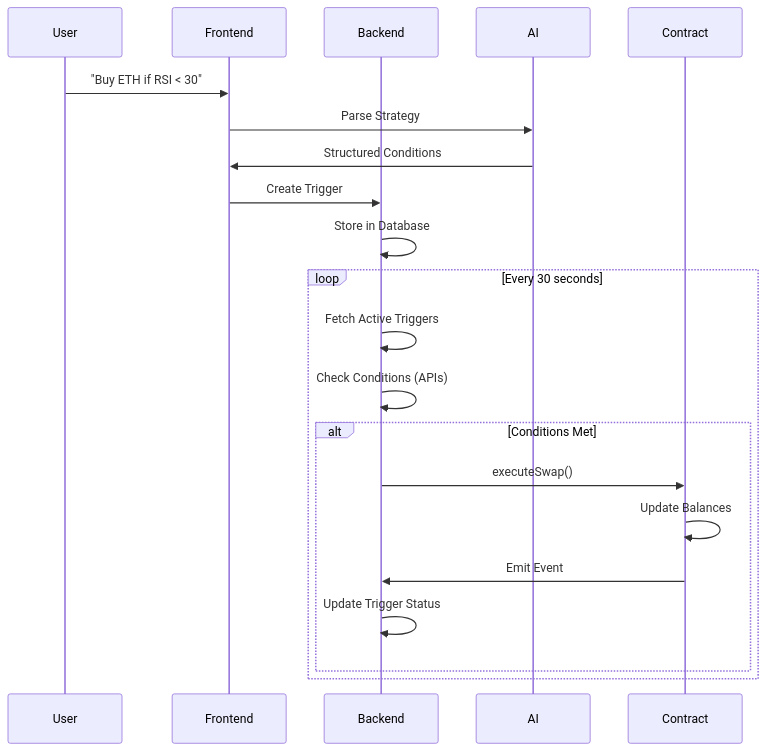
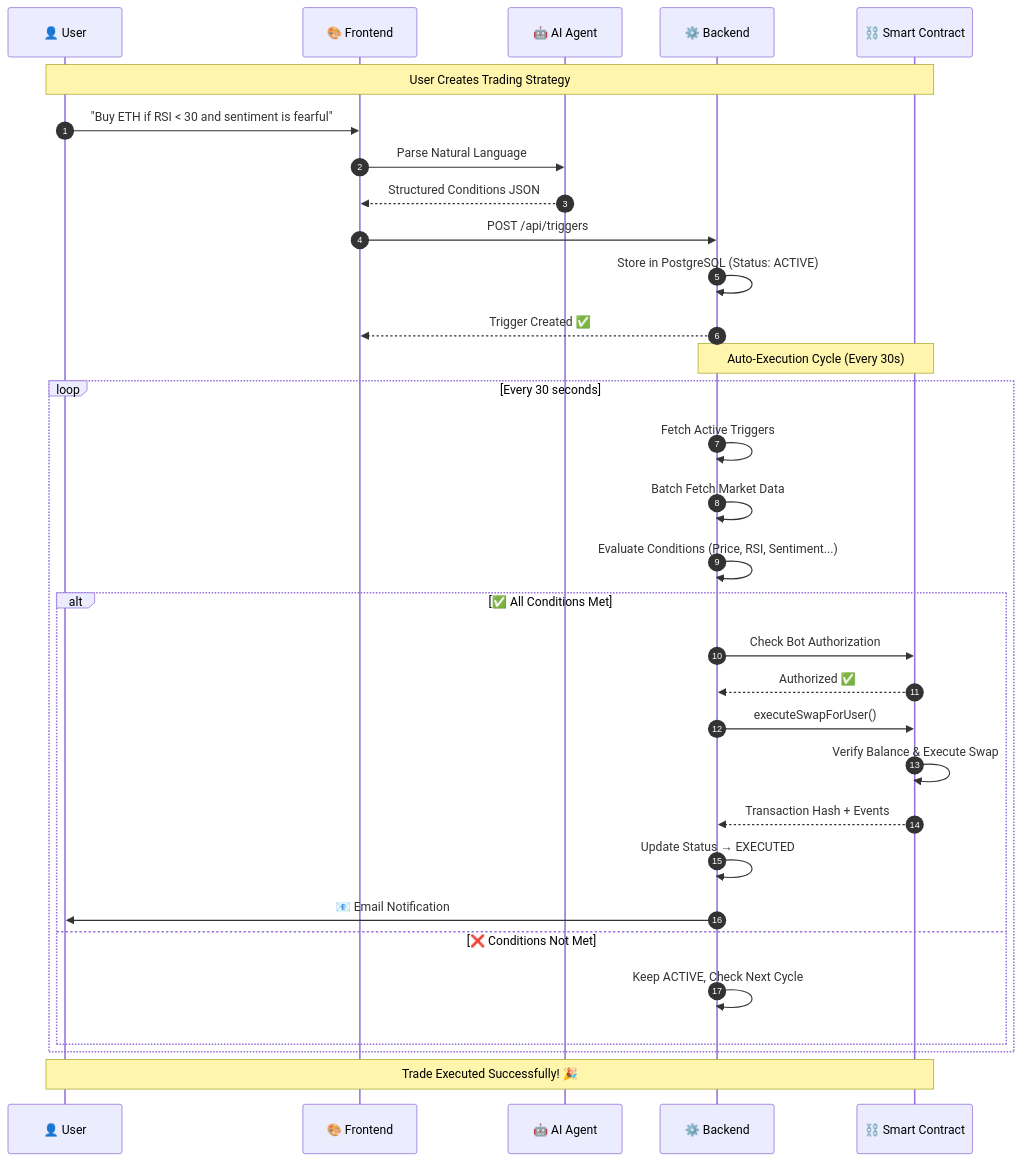
Before and after one commit to minhleeee123/MantleFlow: the second of 2 diagrams in README.md, drawn with Mermaid. The commit also changed other lines of this file, not shown here.

First line of the commit message:
Revamp architecture and flow diagrams in README

````diff
--- a/README.md
+++ b/README.md
@@ -224,25 +245,40 @@
 ```mermaid
 sequenceDiagram
-    participant User
-    participant Frontend
-    participant Backend
-    participant AI
-    participant Contract
+    autonumber
+    participant 👤 User
+    participant 🎨 Frontend
+    participant 🤖 AI Agent
+    participant ⚙️ Backend
+    participant ⛓️ Smart Contract
     
-    User->>Frontend: "Buy ETH if RSI < 30"
-    Frontend->>AI: Parse Strategy
-    AI->>Frontend: Structured Conditions
-    Frontend->>Backend: Create Trigger
-    Backend->>Backend: Store in Database
+    Note over 👤 User,⛓️ Smart Contract: User Creates Trading Strategy
+    
+    👤 User->>🎨 Frontend: "Buy ETH if RSI < 30 and sentiment is fearful"
+    🎨 Frontend->>🤖 AI Agent: Parse Natural Language
+    🤖 AI Agent-->>🎨 Frontend: Structured Conditions JSON
+    🎨 Frontend->>⚙️ Backend: POST /api/triggers
+    ⚙️ Backend->>⚙️ Backend: Store in PostgreSQL (Status: ACTIVE)
+    ⚙️ Backend-->>🎨 Frontend: Trigger Created ✅
+    
+    Note over ⚙️ Backend,⛓️ Smart Contract: Auto-Execution Cycle (Every 30s)
     
     loop Every 30 seconds
-        Backend->>Backend: Fetch Active Triggers
-        Backend->>Backend: Check Conditions (APIs)
-        alt Conditions Met
-            Backend->>Contract: executeSwap()
-            Contract->>Contract: Update Balances
-            Contract->>Backend: Emit Event
-            Backend->>Backend: Update Trigger Status
+        ⚙️ Backend->>⚙️ Backend: Fetch Active Triggers
+        ⚙️ Backend->>⚙️ Backend: Batch Fetch Market Data
+        ⚙️ Backend->>⚙️ Backend: Evaluate Conditions (Price, RSI, Sentiment...)
+        
+        alt ✅ All Conditions Met
+            ⚙️ Backend->>⛓️ Smart Contract: Check Bot Authorization
+            ⛓️ Smart Contract-->>⚙️ Backend: Authorized ✅
+            ⚙️ Backend->>⛓️ Smart Contract: executeSwapForUser()
+            ⛓️ Smart Contract->>⛓️ Smart Contract: Verify Balance & Execute Swap
+            ⛓️ Smart Contract-->>⚙️ Backend: Transaction Hash + Events
+            ⚙️ Backend->>⚙️ Backend: Update Status → EXECUTED
+            ⚙️ Backend->>👤 User: 📧 Email Notification
+        else ❌ Conditions Not Met
+            ⚙️ Backend->>⚙️ Backend: Keep ACTIVE, Check Next Cycle
         end
     end
+    
+    Note over 👤 User,⛓️ Smart Contract: Trade Executed Successfully! 🎉
 ```
````
